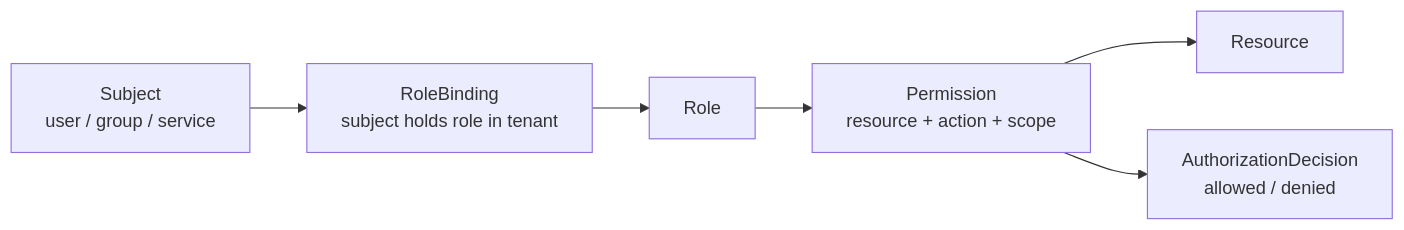
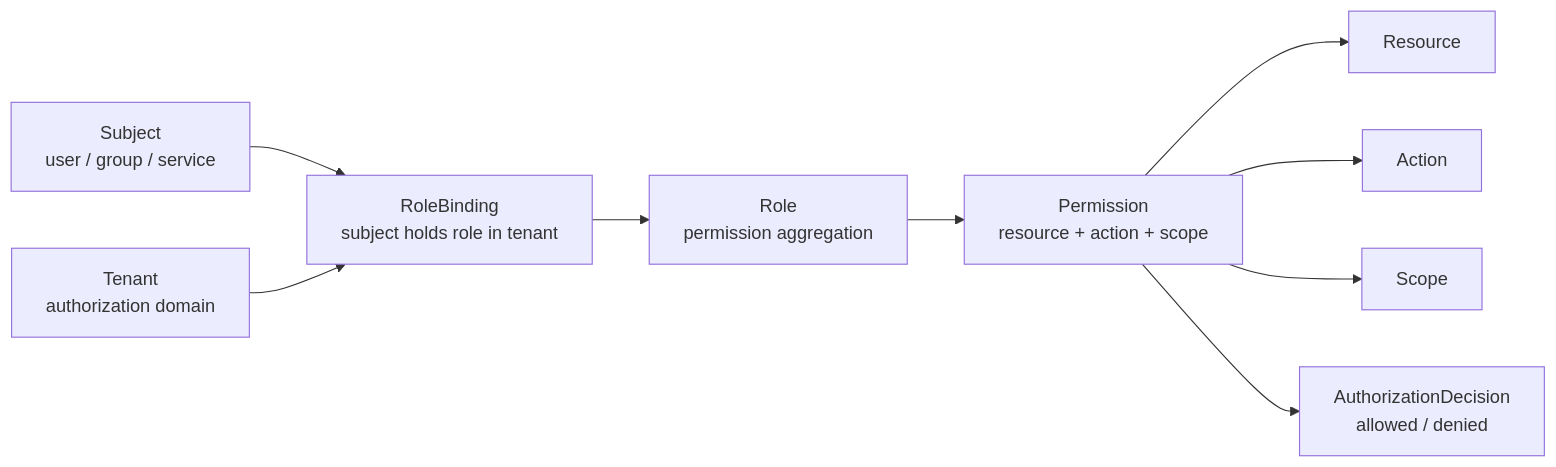
Before and after one commit to FangcunMount/iam: the second of 5 diagrams in docs/03-授权AuthZ/README.md, drawn with Mermaid. The commit also changed other lines of this file and 14 other files, not shown here.

````diff
--- a/docs/03-授权AuthZ/README.md
+++ b/docs/03-授权AuthZ/README.md
@@ -244,12 +389,21 @@
 ```mermaid
 flowchart LR
     Subject["Subject<br/>user / group / service"]
+    Tenant["Tenant<br/>authorization domain"]
     RoleBinding["RoleBinding<br/>subject holds role in tenant"]
-    Role["Role"]
+    Role["Role<br/>permission aggregation"]
     Permission["Permission<br/>resource + action + scope"]
     Resource["Resource"]
+    Action["Action"]
+    Scope["Scope"]
     Decision["AuthorizationDecision<br/>allowed / denied"]
 
-    Subject --> RoleBinding --> Role --> Permission --> Resource
+    Subject --> RoleBinding
+    Tenant --> RoleBinding
+    RoleBinding --> Role
+    Role --> Permission
+    Permission --> Resource
+    Permission --> Action
+    Permission --> Scope
     Permission --> Decision
 ```
````
